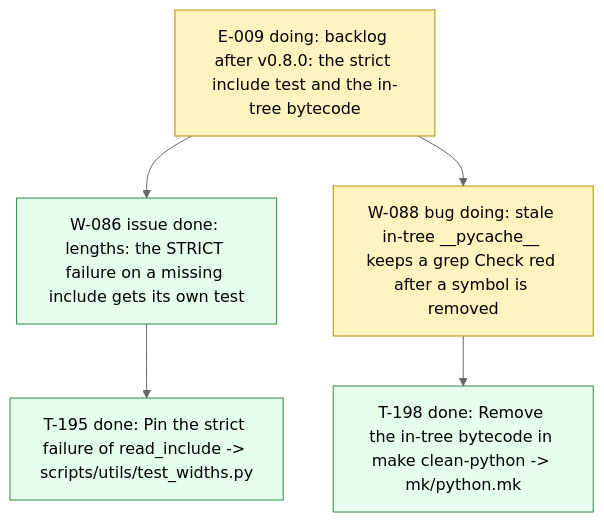
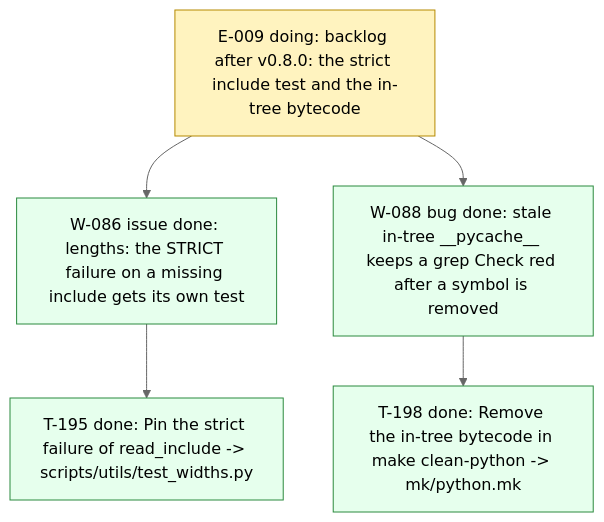
One commit to dpopchev/chaos-to-simple changed the diagram in .board/BOARD.md. Above: the diagram before and after it, drawn with Mermaid (neutral theme). The commit also changed other lines of this file and 1 other file, not shown here.

Commit message:
chore(board): close W-088 -- landed
Refs: W-088

````diff
--- a/.board/BOARD.md
+++ b/.board/BOARD.md
@@ -520,15 +520,15 @@
 ```mermaid
 flowchart TD
   E009["E-009 doing: backlog after v0.8.0: the strict include test and the in-tree bytecode"]
   E009 --> W086["W-086 issue done: lengths: the STRICT failure on a missing include gets its own test"]
   W086 --> T195["T-195 done: Pin the strict failure of read_include -> scripts/utils/test_widths.py"]
-  E009 --> W088["W-088 bug doing: stale in-tree __pycache__ keeps a grep Check red after a symbol is removed"]
+  E009 --> W088["W-088 bug done: stale in-tree __pycache__ keeps a grep Check red after a symbol is removed"]
   W088 --> T198["T-198 done: Remove the in-tree bytecode in make clean-python -> mk/python.mk"]
   classDef doing fill:#fff3bf,stroke:#b58900,color:#000;
   classDef blocked fill:#ffe3e3,stroke:#c92a2a,color:#000;
   classDef done fill:#e6ffed,stroke:#2b8a3e,color:#000;
   classDef todo fill:#f8f9fa,stroke:#868e96,color:#000;
   classDef pruned fill:#f1f3f5,stroke:#adb5bd,color:#000;
-  class E009,W088 doing
-  class W086,T195,T198 done
+  class E009 doing
+  class W086,T195,W088,T198 done
 ```
````
